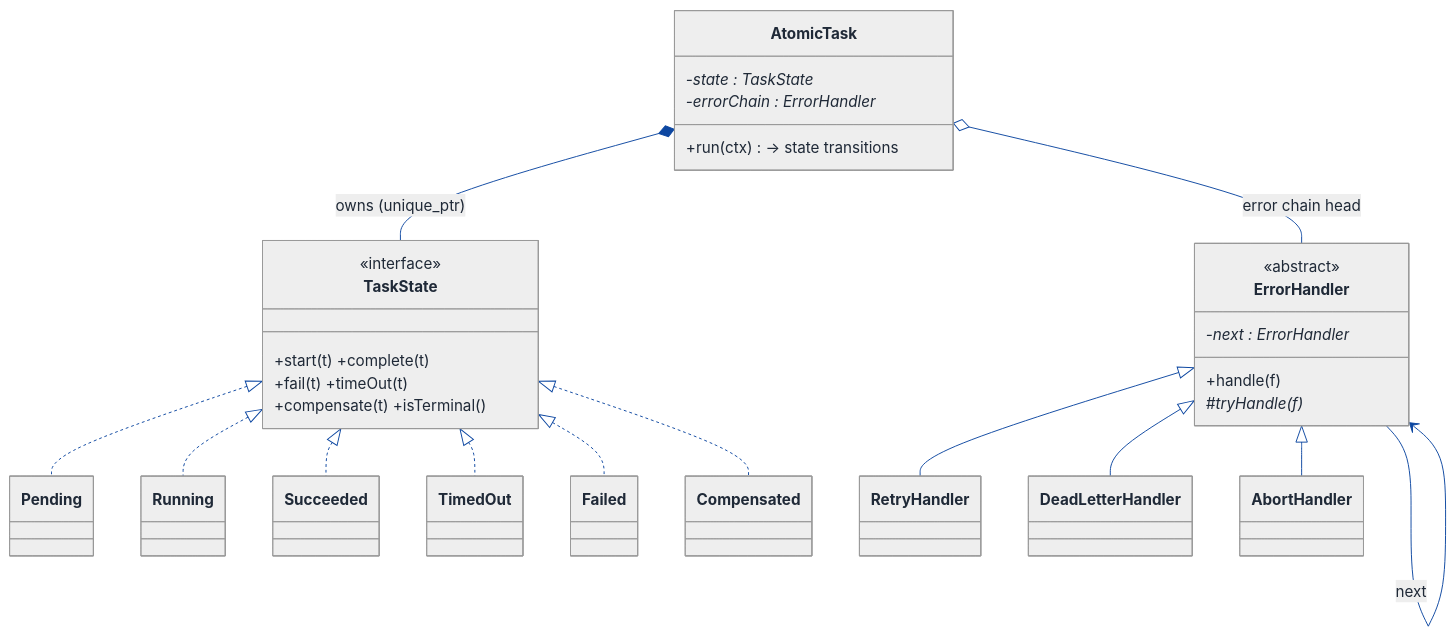
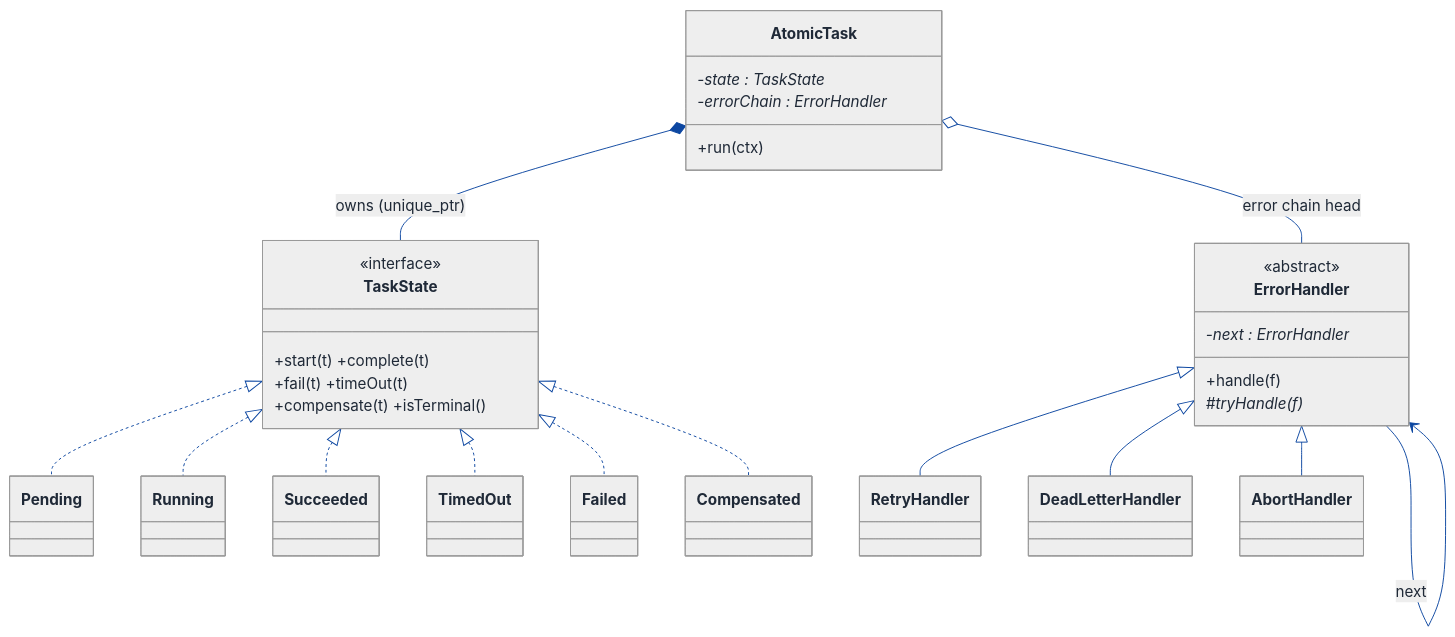
One commit to Prateek-5/question-bank changed the fifth of 7 diagrams in LLD/Topics/State_Pattern/Workflow_Engine.md. Above: the diagram before and after it, drawn with Mermaid. The commit also changed other lines of this file and 61 other files, not shown here.

First line of the commit message:
Fix invalid mermaid classDiagram member syntax across LLD walkthroughs

````diff
--- a/LLD/Topics/State_Pattern/Workflow_Engine.md
+++ b/LLD/Topics/State_Pattern/Workflow_Engine.md
@@ -968,74 +968,74 @@
 ```mermaid
 ---
 config:
   theme: neutral
   themeVariables:
     background: '#ffffff'
     primaryColor: '#cfe2ff'
     primaryTextColor: '#1f2937'
     primaryBorderColor: '#084298'
     secondaryColor: '#fff3cd'
     secondaryTextColor: '#1f2937'
     secondaryBorderColor: '#664d03'
     tertiaryColor: '#d1e7dd'
     tertiaryTextColor: '#1f2937'
     tertiaryBorderColor: '#0a3622'
     lineColor: '#0d47a1'
     textColor: '#1f2937'
     noteBkgColor: '#fff3cd'
     noteTextColor: '#1f2937'
     noteBorderColor: '#997404'
     actorBkg: '#cfe2ff'
     actorBorder: '#084298'
     actorTextColor: '#1f2937'
     signalColor: '#0d47a1'
     signalTextColor: '#1f2937'
     labelBoxBkgColor: '#ffffff'
     labelBoxBorderColor: '#d3d3d3'
     labelTextColor: '#1f2937'
     edgeLabelBackground: '#ffffff'
     labelBackground: '#ffffff'
     classText: '#1f2937'
     fontFamily: 'system-ui, -apple-system, Segoe UI, Helvetica, Arial, sans-serif'
 ---
 classDiagram
   direction TB
   class AtomicTask {
     -state : TaskState*
     -errorChain : ErrorHandler*
-    +run(ctx) → state transitions
+    +run(ctx)
   }
   class TaskState {
     <<interface>>
     +start(t) +complete(t)
     +fail(t) +timeOut(t)
     +compensate(t) +isTerminal()
   }
   class Pending
   class Running
   class Succeeded
   class TimedOut
   class Failed
   class Compensated
   class ErrorHandler {
     <<abstract>>
     -next : ErrorHandler*
     +handle(f)
     #tryHandle(f)*
   }
   class RetryHandler
   class DeadLetterHandler
   class AbortHandler
   AtomicTask *-- TaskState : owns (unique_ptr)
   AtomicTask o-- ErrorHandler : error chain head
   TaskState <|.. Pending
   TaskState <|.. Running
   TaskState <|.. Succeeded
   TaskState <|.. TimedOut
   TaskState <|.. Failed
   TaskState <|.. Compensated
   ErrorHandler <|-- RetryHandler
   ErrorHandler <|-- DeadLetterHandler
   ErrorHandler <|-- AbortHandler
   ErrorHandler --> ErrorHandler : next
 ```
````
